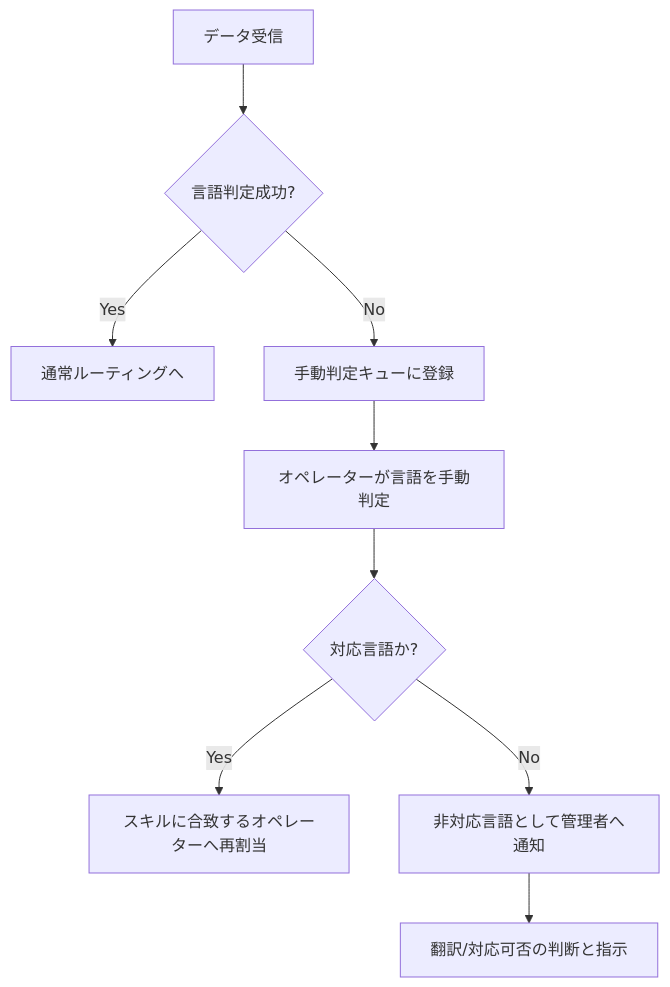
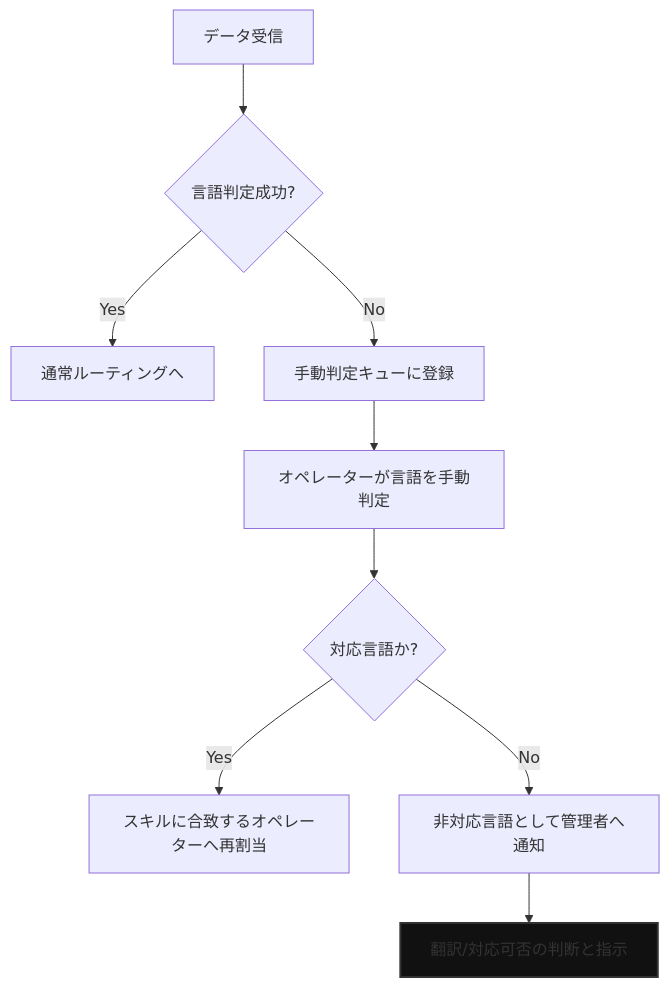
Before and after one commit to AbroadUmedaShota/SPPED-AD-TEST: the third of 3 diagrams in docs/product/requirements/multilingual_requirements.md, drawn with Mermaid. The commit also changed other lines of this file and 1 other file, not shown here.

````diff
--- a/docs/product/requirements/multilingual_requirements.md
+++ b/docs/product/requirements/multilingual_requirements.md
@@ -92,11 +63,12 @@
 ```mermaid
 graph TD
     A[データ受信] --> B{言語判定成功?};
     B -- Yes --> C[通常ルーティングへ];
     B -- No --> D[手動判定キューに登録];
     D --> E[オペレーターが言語を手動判定];
     E --> F{対応言語か?};
     F -- Yes --> G[スキルに合致するオペレーターへ再割当];
     F -- No --> H[非対応言語として管理者へ通知];
     H --> I[翻訳/対応可否の判断と指示];
+    style I fill:#111,stroke:#333,stroke-width:2px
 ```
````
